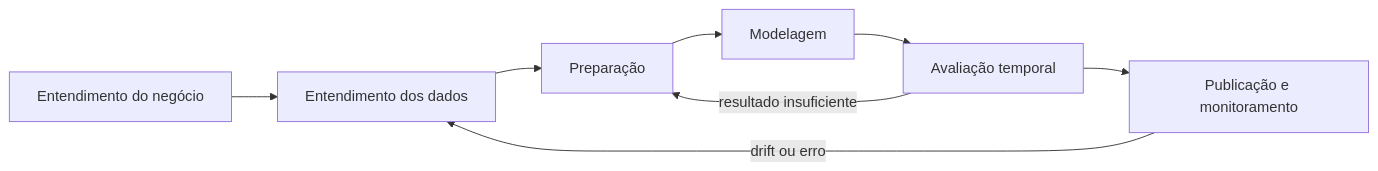
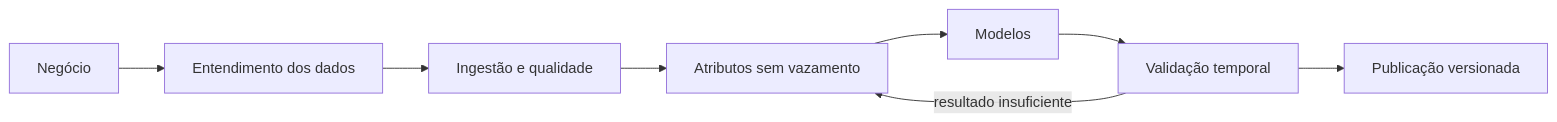
Before and after one commit to FatecFranca/DSM-G05-PI6-2026-2: the diagram in docs/05-mineracao-de-dados.md, drawn with Mermaid. The commit also changed other lines of this file and 49 other files, not shown here.

````diff
--- a/docs/05-mineracao-de-dados.md
+++ b/docs/05-mineracao-de-dados.md
@@ -70,10 +39,10 @@
 ```mermaid
 flowchart LR
-    A[Entendimento do negócio] --> B[Entendimento dos dados]
-    B --> C[Preparação]
-    C --> D[Modelagem]
-    D --> E[Avaliação temporal]
-    E --> F[Publicação e monitoramento]
-    E -->|resultado insuficiente| C
-    F -->|drift ou erro| B
+    N[Negócio] --> D[Entendimento dos dados]
+    D --> I[Ingestão e qualidade]
+    I --> F[Atributos sem vazamento]
+    F --> M[Modelos]
+    M --> V[Validação temporal]
+    V --> P[Publicação versionada]
+    V -->|resultado insuficiente| F
 ```
````
